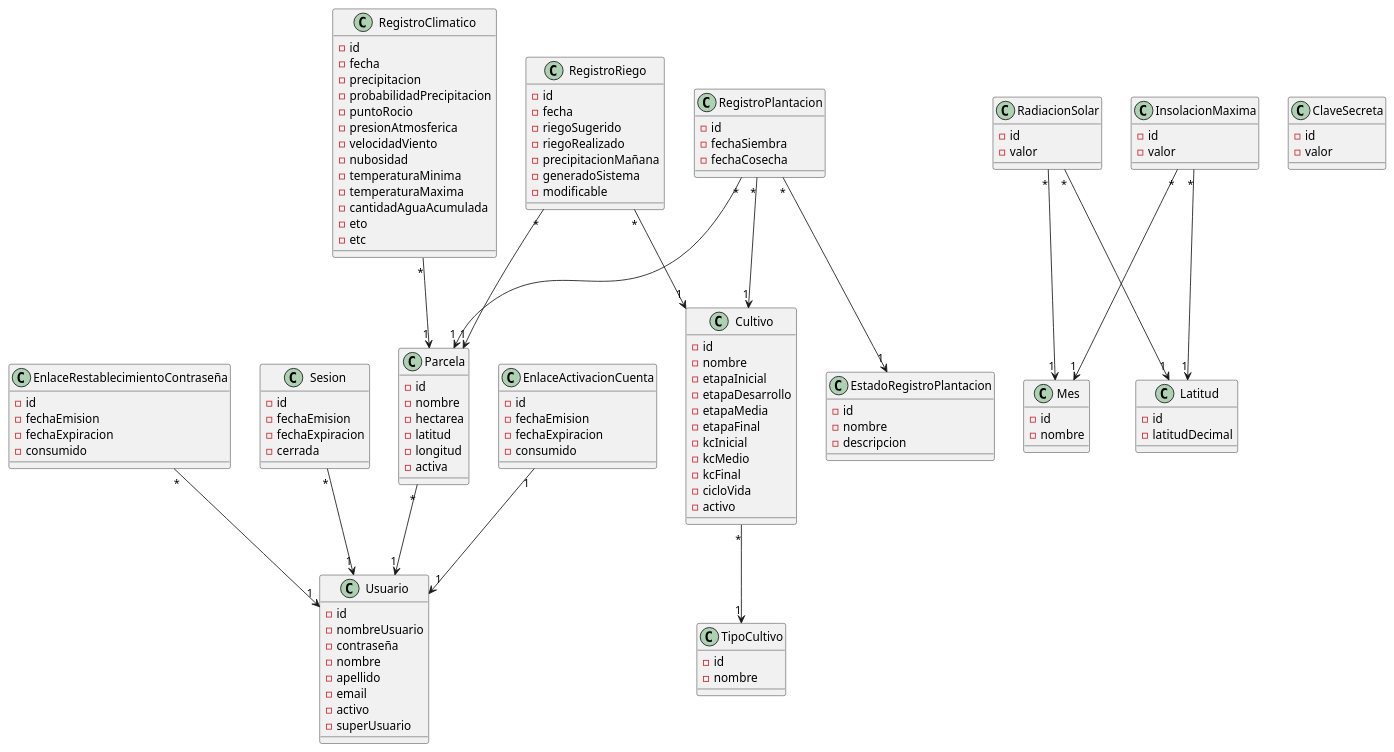
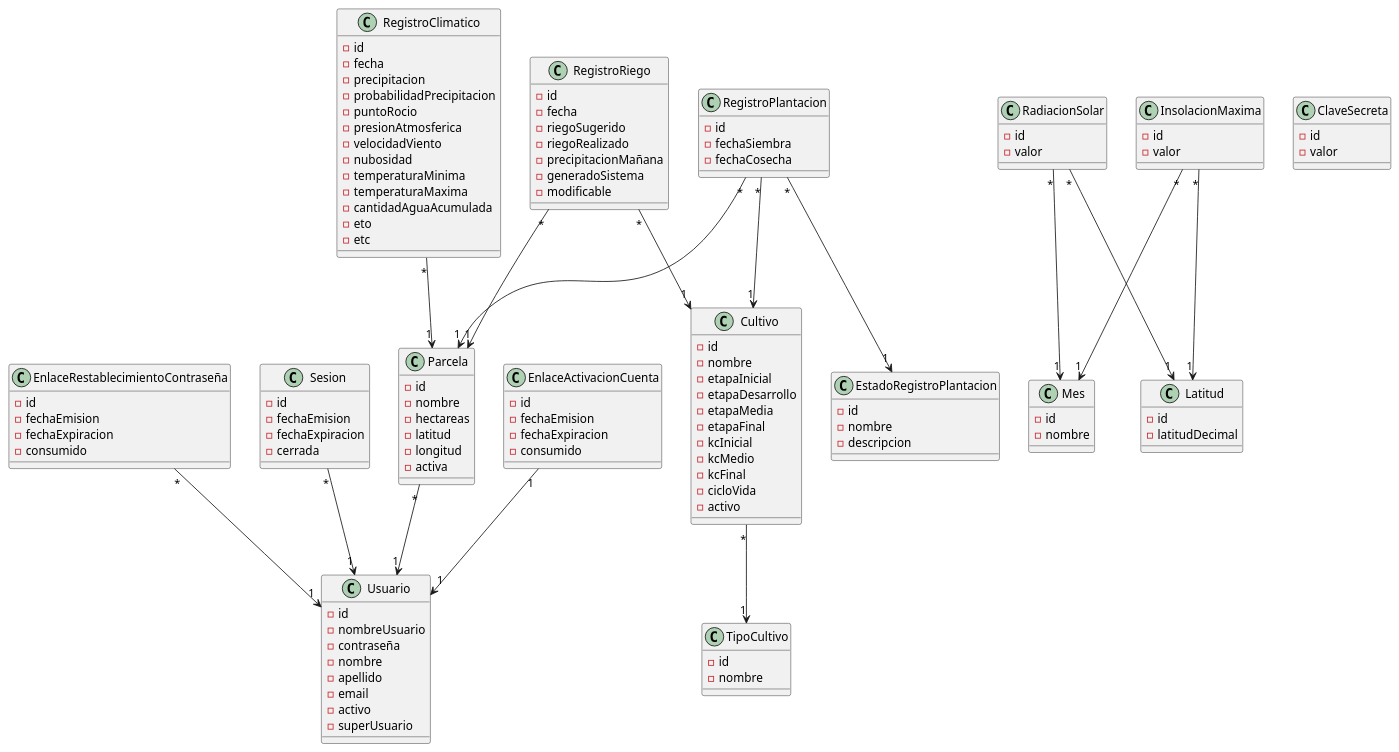
Before and after one commit to facundopaez-dev/sistema-web-riego: the diagram in domain model/Modelo de dominio.pu, drawn with PlantUML. The commit also changed 13 other files, not shown here.

```diff
--- a/domain model/Modelo de dominio.pu
+++ b/domain model/Modelo de dominio.pu
@@ -1,142 +1,142 @@
 @startuml
 
 Parcela "*"-->"1" Usuario
 RegistroClimatico "*"-->"1" Parcela
 RegistroRiego "*"-->"1" Parcela
 RegistroPlantacion "*"-->"1" Parcela
 RegistroPlantacion "*"-->"1" Cultivo
 RegistroPlantacion "*"-->"1" EstadoRegistroPlantacion
 RadiacionSolar "*"-->"1" Mes
 RadiacionSolar "*"-->"1" Latitud
 InsolacionMaxima "*"-->"1" Mes
 InsolacionMaxima "*"-->"1" Latitud
 Cultivo "*"-->"1" TipoCultivo
 EnlaceActivacionCuenta "1" --> "1" Usuario
 EnlaceRestablecimientoContraseña "*" --> "1" Usuario
 Sesion "*" --> "1" Usuario
 RegistroRiego "*" --> "1" Cultivo
 
 class Parcela {
 -id
 -nombre
--hectarea
+-hectareas
 -latitud
 -longitud
 -activa
 }
 
 class Cultivo {
 -id
 -nombre
 -etapaInicial
 -etapaDesarrollo
 -etapaMedia
 -etapaFinal
 -kcInicial
 -kcMedio
 -kcFinal
 -cicloVida
 -activo
 }
 
 class TipoCultivo {
 -id
 -nombre
 }
 
 class RegistroClimatico {
 -id
 -fecha
 -precipitacion
 -probabilidadPrecipitacion
 -puntoRocio
 -presionAtmosferica
 -velocidadViento
 -nubosidad
 -temperaturaMinima
 -temperaturaMaxima
 -cantidadAguaAcumulada
 -eto
 -etc
 }
 
 class RegistroPlantacion {
 -id
 -fechaSiembra
 -fechaCosecha
 }
 
 class RegistroRiego {
 -id
 -fecha
 -riegoSugerido
 -riegoRealizado
 -precipitacionMañana
 -generadoSistema
 -modificable
 }
 
 class Usuario {
 -id
 -nombreUsuario
 -contraseña
 -nombre
 -apellido
 -email
 -activo
 -superUsuario
 }
 
 class EstadoRegistroPlantacion {
 -id
 -nombre
 -descripcion
 }
 
 class Mes {
 -id
 -nombre
 }
 
 class Latitud {
 -id
 -latitudDecimal
 }
 
 class RadiacionSolar {
 -id
 -valor
 }
 
 class InsolacionMaxima {
 -id
 -valor
 }
 
 class EnlaceActivacionCuenta {
 -id
 -fechaEmision
 -fechaExpiracion
 -consumido
 }
 
 class EnlaceRestablecimientoContraseña {
 -id
 -fechaEmision
 -fechaExpiracion
 -consumido
 }
 
 class Sesion {
 -id
 -fechaEmision
 -fechaExpiracion
 -cerrada
 }
 
 class ClaveSecreta {
 -id
 -valor
 }
 
 @enduml
```
